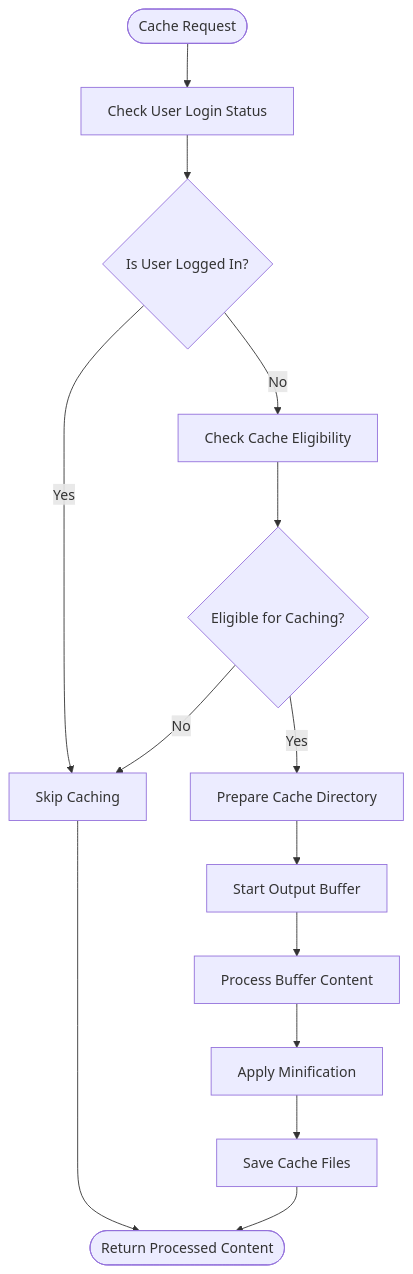
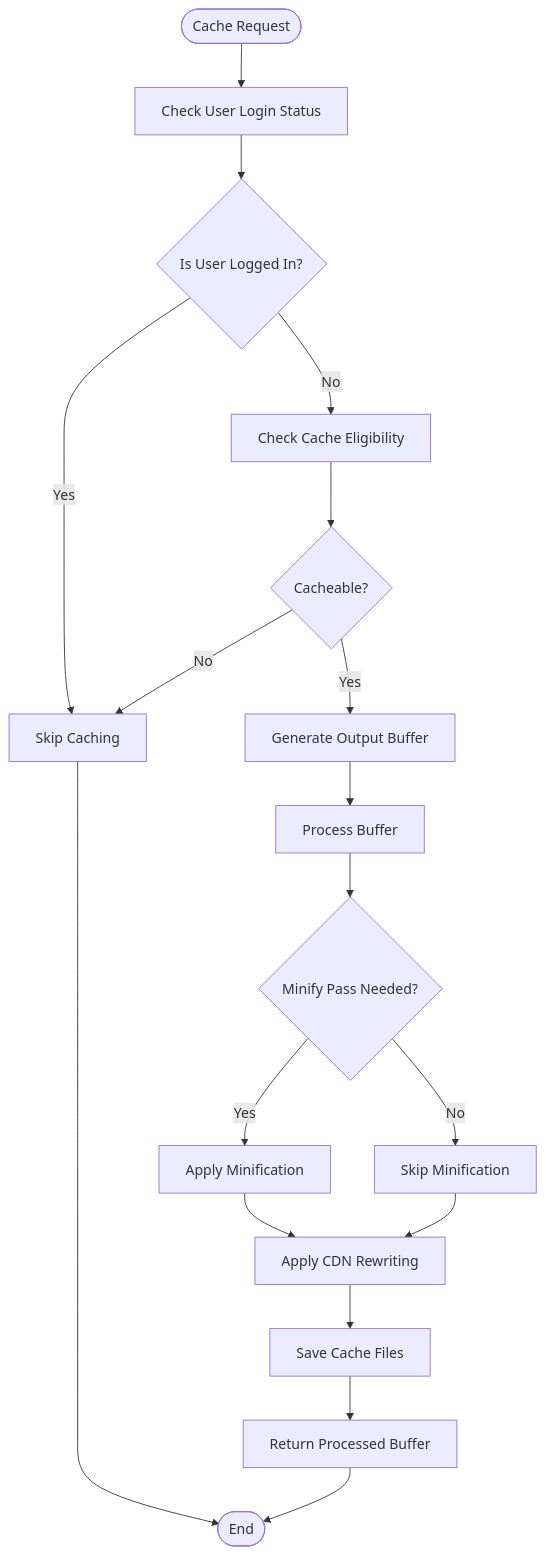
One commit to nilesh32236/performance-optimisation changed the fourth of 8 diagrams in .qoder/repowiki/en/content/Core Architecture/Service Layer Architecture/Service Layer Architecture.md. Above: the diagram before and after it, drawn with Mermaid. The commit also changed other lines of this file and 46 other files, not shown here.

````diff
--- a/.qoder/repowiki/en/content/Core Architecture/Service Layer Architecture/Service Layer Architecture.md
+++ b/.qoder/repowiki/en/content/Core Architecture/Service Layer Architecture/Service Layer Architecture.md
@@ -244,16 +255,20 @@
 ```mermaid
 flowchart TD
 Start([Cache Request]) --> CheckUser["Check User Login Status"]
 CheckUser --> IsLoggedIn{"Is User Logged In?"}
 IsLoggedIn --> |Yes| SkipCache["Skip Caching"]
-IsLoggedIn --> |No| CheckCachable["Check Cache Eligibility"]
-CheckCachable --> Eligible{"Eligible for Caching?"}
-Eligible --> |No| SkipCache
-Eligible --> |Yes| PrepareDir["Prepare Cache Directory"]
-PrepareDir --> StartBuffer["Start Output Buffer"]
-StartBuffer --> ProcessBuffer["Process Buffer Content"]
-ProcessBuffer --> MinifyContent["Apply Minification"]
-MinifyContent --> SaveFiles["Save Cache Files"]
-SaveFiles --> End([Return Processed Content])
-SkipCache --> End
+IsLoggedIn --> |No| CheckCacheable["Check Cache Eligibility"]
+CheckCacheable --> IsCacheable{"Cacheable?"}
+IsCacheable --> |No| SkipCache
+IsCacheable --> |Yes| GenerateBuffer["Generate Output Buffer"]
+GenerateBuffer --> ProcessBuffer["Process Buffer"]
+ProcessBuffer --> MinifyPass{"Minify Pass Needed?"}
+MinifyPass --> |Yes| MinifyContent["Apply Minification"]
+MinifyPass --> |No| SkipMinify["Skip Minification"]
+MinifyContent --> ApplyCDN["Apply CDN Rewriting"]
+SkipMinify --> ApplyCDN
+ApplyCDN --> SaveCache["Save Cache Files"]
+SaveCache --> ReturnBuffer["Return Processed Buffer"]
+SkipCache --> End([End])
+ReturnBuffer --> End
 ```
````
